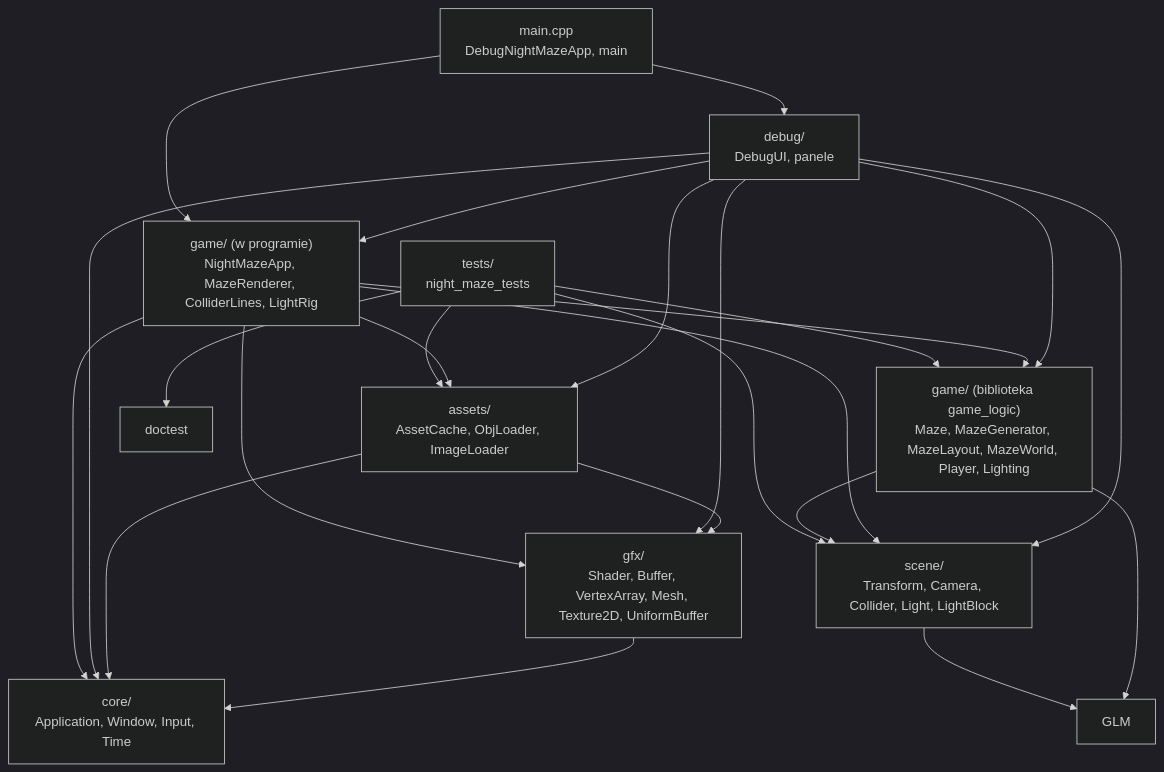
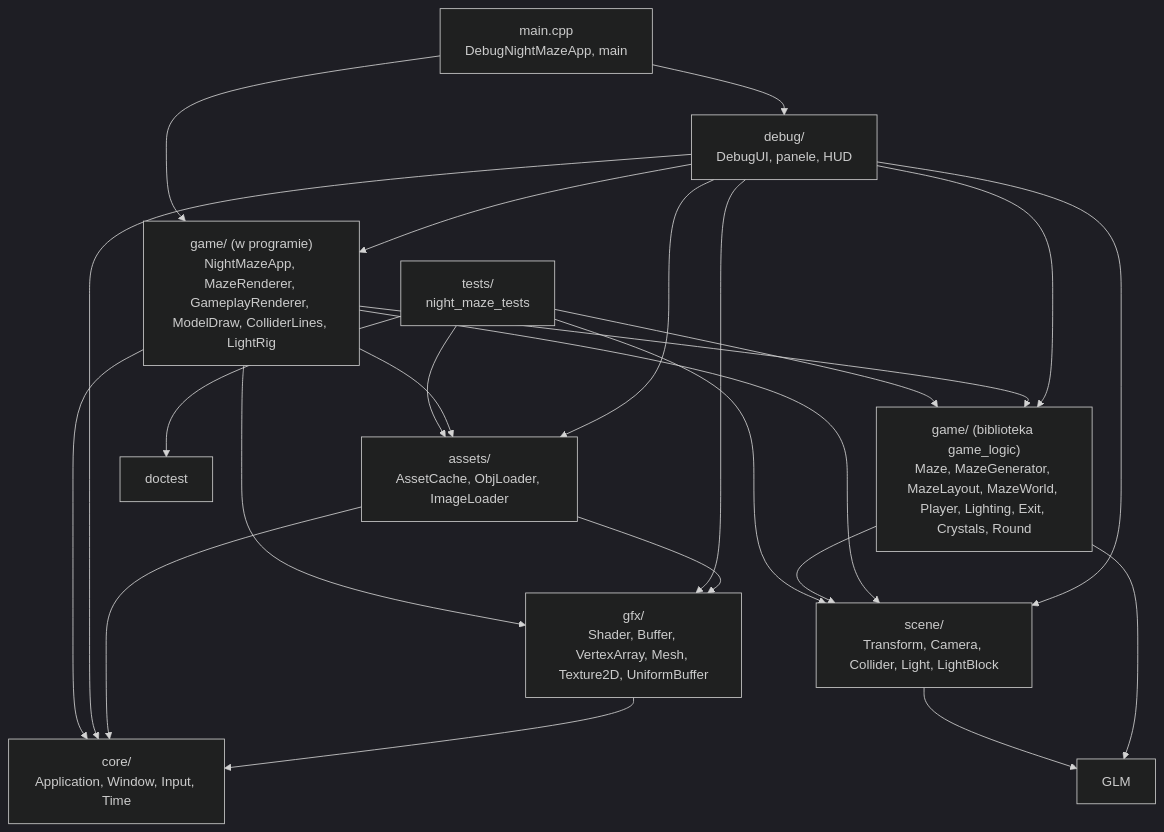
The diagram in docs/modules/game/README.md (Shironex/night-maze), drawn with Mermaid (dark theme) before and after one commit. The commit also changed other lines of this file and 22 other files, not shown here.

Commit message:
feat(game): add the round rules with gate, pickups and flashlight battery

````diff
--- a/docs/modules/game/README.md
+++ b/docs/modules/game/README.md
@@ -57,26 +67,26 @@
 ```mermaid
 flowchart TD
-    Main["main.cpp<br/>DebugNightMazeApp, main"] --> Debug["debug/<br/>DebugUI, panele"]
-    Main --> App["game/ (w programie)<br/>NightMazeApp, MazeRenderer, ColliderLines, LightRig"]
+    Main["main.cpp<br/>DebugNightMazeApp, main"] --> Debug["debug/<br/>DebugUI, panele, HUD"]
+    Main --> App["game/ (w programie)<br/>NightMazeApp, MazeRenderer, GameplayRenderer, ModelDraw, ColliderLines, LightRig"]
     Tests["tests/<br/>night_maze_tests"] --> Logic
     Tests --> Scene
     Tests --> Assets
-    Logic["game/ (biblioteka game_logic)<br/>Maze, MazeGenerator, MazeLayout, MazeWorld, Player, Lighting"] --> Scene["scene/<br/>Transform, Camera, Collider, Light, LightBlock"]
+    Logic["game/ (biblioteka game_logic)<br/>Maze, MazeGenerator, MazeLayout, MazeWorld, Player, Lighting, Exit, Crystals, Round"] --> Scene["scene/<br/>Transform, Camera, Collider, Light, LightBlock"]
     App --> Logic
     App --> Scene
     App --> Assets["assets/<br/>AssetCache, ObjLoader, ImageLoader"]
     App --> Gfx["gfx/<br/>Shader, Buffer, VertexArray, Mesh, Texture2D, UniformBuffer"]
     App --> Core["core/<br/>Application, Window, Input, Time"]
     Debug --> Core
     Debug --> Gfx
     Debug --> Scene
     Debug --> Assets
     Debug --> App
     Debug --> Logic
     Assets --> Gfx
     Assets --> Core
     Gfx --> Core
     Scene --> Glm["GLM"]
     Logic --> Glm
     Tests --> Doctest["doctest"]
 ```
````
